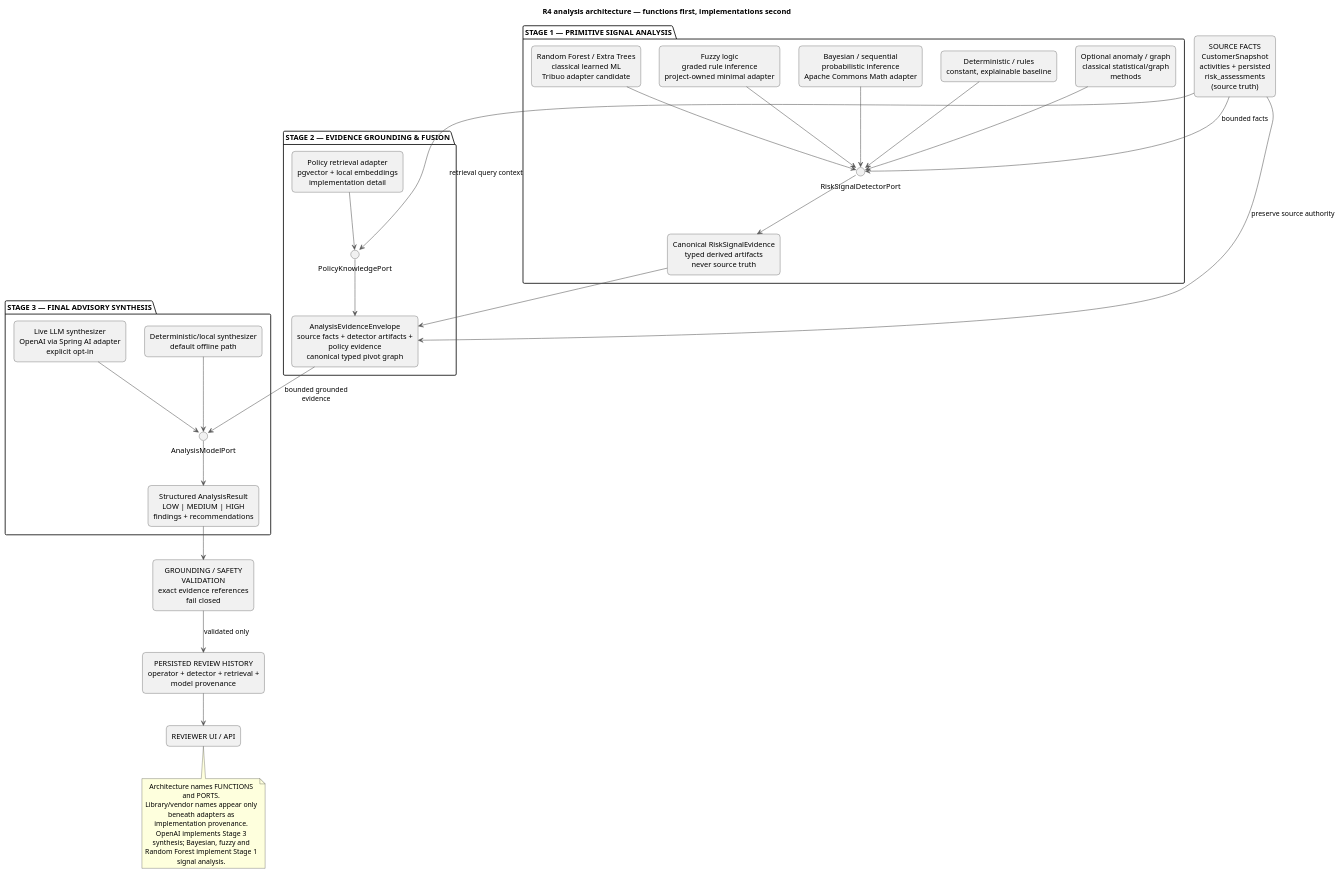
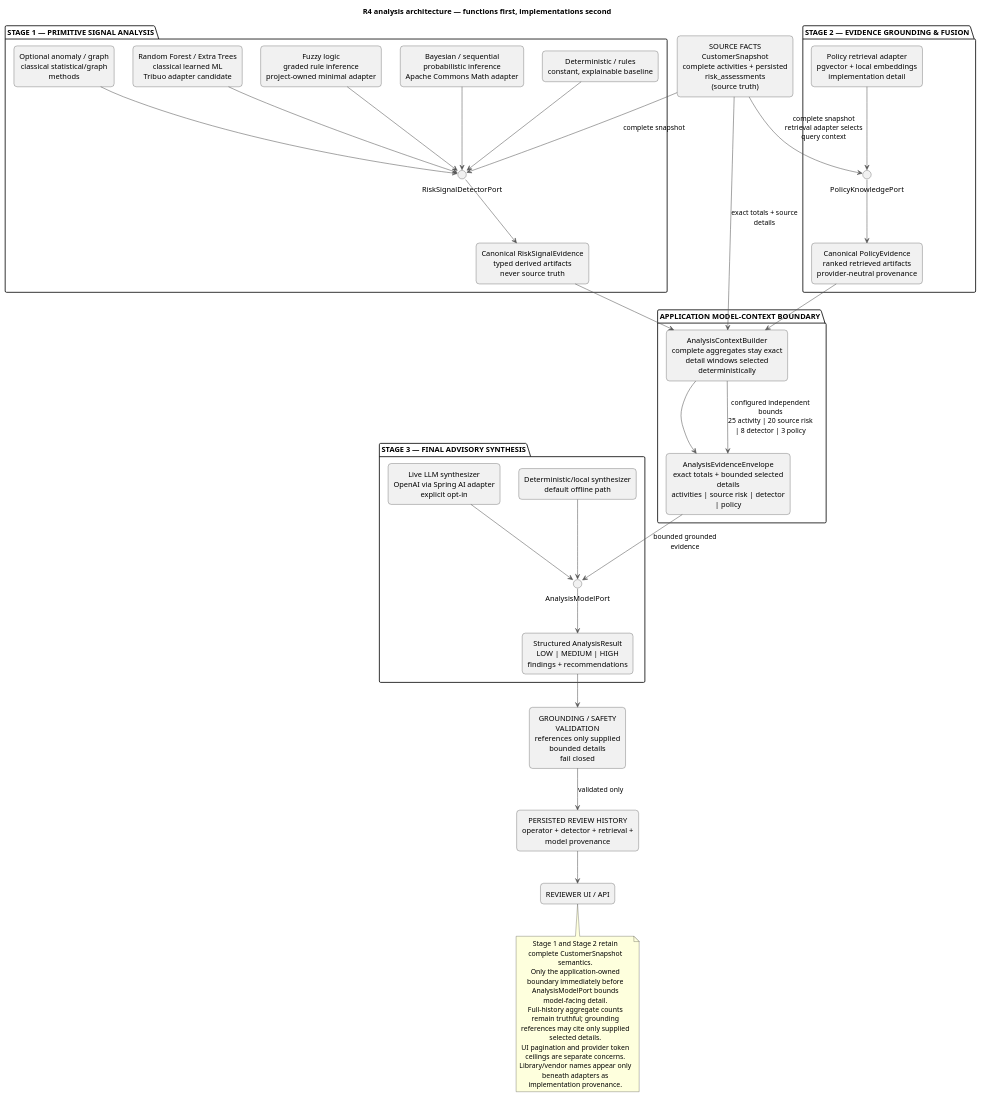
The diagram in docs/assignment/SDD/diagrams/analysis-functional-stages.puml (jdoe-dev-159753/specgraph-reference-app), drawn with PlantUML before and after one commit.

Commit message:
docs: model bounded analysis context in functional stages

```diff
--- a/docs/assignment/SDD/diagrams/analysis-functional-stages.puml
+++ b/docs/assignment/SDD/diagrams/analysis-functional-stages.puml
@@ -1,71 +1,82 @@
 @startuml
 skinparam shadowing false
 skinparam componentStyle rectangle
 skinparam defaultTextAlignment center
 skinparam wrapWidth 220
 skinparam maxMessageSize 160
 skinparam ArrowColor #555555
 skinparam rectangle {
   RoundCorner 12
 }
 
 title R4 analysis architecture — functions first, implementations second
 
-rectangle "SOURCE FACTS\nCustomerSnapshot\nactivities + persisted risk_assessments\n(source truth)" as source
+rectangle "SOURCE FACTS\nCustomerSnapshot\ncomplete activities + persisted risk_assessments\n(source truth)" as source
 
 package "STAGE 1 — PRIMITIVE SIGNAL ANALYSIS" as stage1 {
   interface "RiskSignalDetectorPort" as detectorPort
   rectangle "Deterministic / rules\nconstant, explainable baseline" as rules
   rectangle "Bayesian / sequential\nprobabilistic inference\nApache Commons Math adapter" as bayes
   rectangle "Fuzzy logic\ngraded rule inference\nproject-owned minimal adapter" as fuzzy
   rectangle "Random Forest / Extra Trees\nclassical learned ML\nTribuo adapter candidate" as forest
   rectangle "Optional anomaly / graph\nclassical statistical/graph methods" as anomaly
   rectangle "Canonical RiskSignalEvidence\ntyped derived artifacts\nnever source truth" as signals
 
   rules --> detectorPort
   bayes --> detectorPort
   fuzzy --> detectorPort
   forest --> detectorPort
   anomaly --> detectorPort
   detectorPort --> signals
 }
 
 package "STAGE 2 — EVIDENCE GROUNDING & FUSION" as stage2 {
   interface "PolicyKnowledgePort" as policyPort
   rectangle "Policy retrieval adapter\npgvector + local embeddings\nimplementation detail" as retrieval
-  rectangle "AnalysisEvidenceEnvelope\nsource facts + detector artifacts + policy evidence\ncanonical typed pivot graph" as envelope
+  rectangle "Canonical PolicyEvidence\nranked retrieved artifacts\nprovider-neutral provenance" as policies
 
   retrieval --> policyPort
-  policyPort --> envelope
+  policyPort --> policies
+}
+
+package "APPLICATION MODEL-CONTEXT BOUNDARY" as contextBoundary {
+  rectangle "AnalysisContextBuilder\ncomplete aggregates stay exact\ndetail windows selected deterministically" as contextBuilder
+  rectangle "AnalysisEvidenceEnvelope\nexact totals + bounded selected details\nactivities | source risk | detector | policy" as envelope
+
+  contextBuilder --> envelope
 }
 
 package "STAGE 3 — FINAL ADVISORY SYNTHESIS" as stage3 {
   interface "AnalysisModelPort" as modelPort
   rectangle "Deterministic/local synthesizer\ndefault offline path" as deterministicModel
   rectangle "Live LLM synthesizer\nOpenAI via Spring AI adapter\nexplicit opt-in" as openai
   rectangle "Structured AnalysisResult\nLOW | MEDIUM | HIGH\nfindings + recommendations" as result
 
   deterministicModel --> modelPort
   openai --> modelPort
   modelPort --> result
 }
 
-rectangle "GROUNDING / SAFETY VALIDATION\nexact evidence references\nfail closed" as validator
+rectangle "GROUNDING / SAFETY VALIDATION\nreferences only supplied bounded details\nfail closed" as validator
 rectangle "PERSISTED REVIEW HISTORY\noperator + detector + retrieval + model provenance" as history
 rectangle "REVIEWER UI / API" as reviewer
 
-source --> detectorPort : bounded facts
-source --> envelope : preserve source authority
-signals --> envelope
-source --> policyPort : retrieval query context
+source --> detectorPort : complete snapshot
+source --> policyPort : complete snapshot\nretrieval adapter selects query context
+source --> contextBuilder : exact totals + source details
+signals --> contextBuilder
+policies --> contextBuilder
+contextBuilder --> envelope : configured independent bounds\n25 activity | 20 source risk | 8 detector | 3 policy
 envelope --> modelPort : bounded grounded evidence
 result --> validator
 validator --> history : validated only
 history --> reviewer
 
 note bottom
-Architecture names FUNCTIONS and PORTS.
+Stage 1 and Stage 2 retain complete CustomerSnapshot semantics.
+Only the application-owned boundary immediately before AnalysisModelPort bounds model-facing detail.
+Full-history aggregate counts remain truthful; grounding references may cite only supplied selected details.
+UI pagination and provider token ceilings are separate concerns.
 Library/vendor names appear only beneath adapters as implementation provenance.
-OpenAI implements Stage 3 synthesis; Bayesian, fuzzy and Random Forest implement Stage 1 signal analysis.
 end note
 @enduml
```
